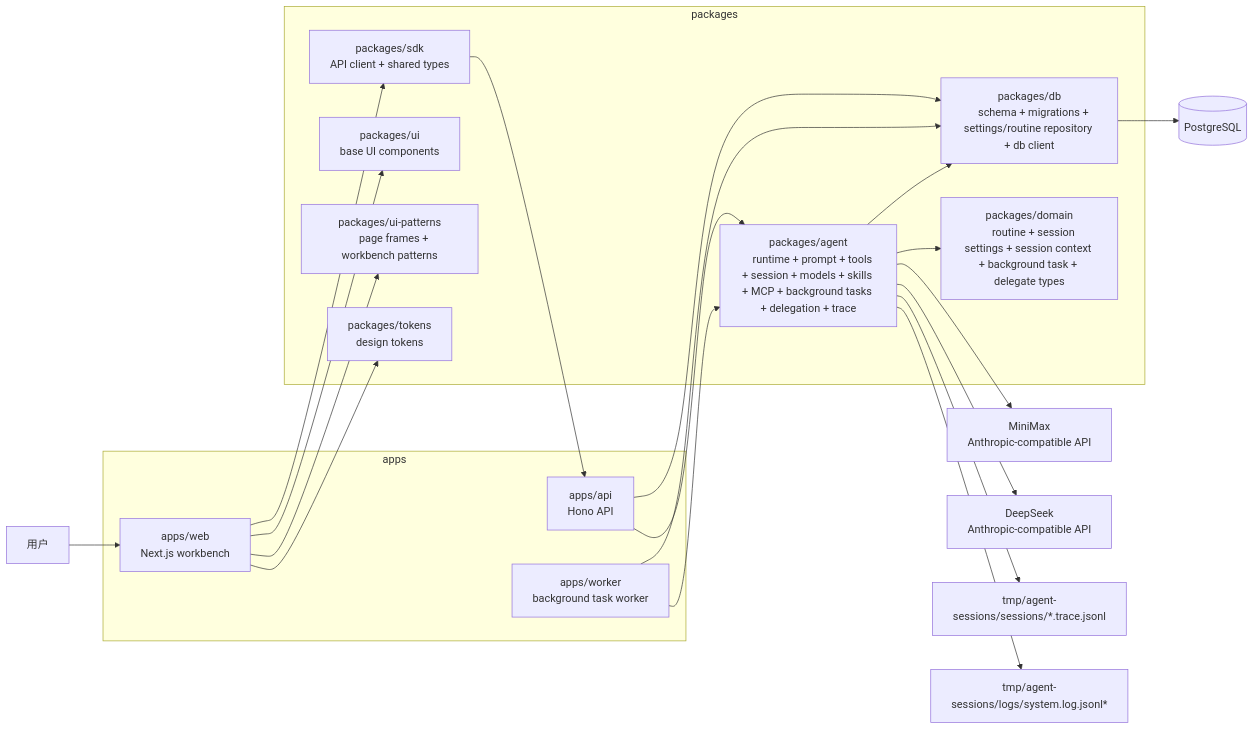
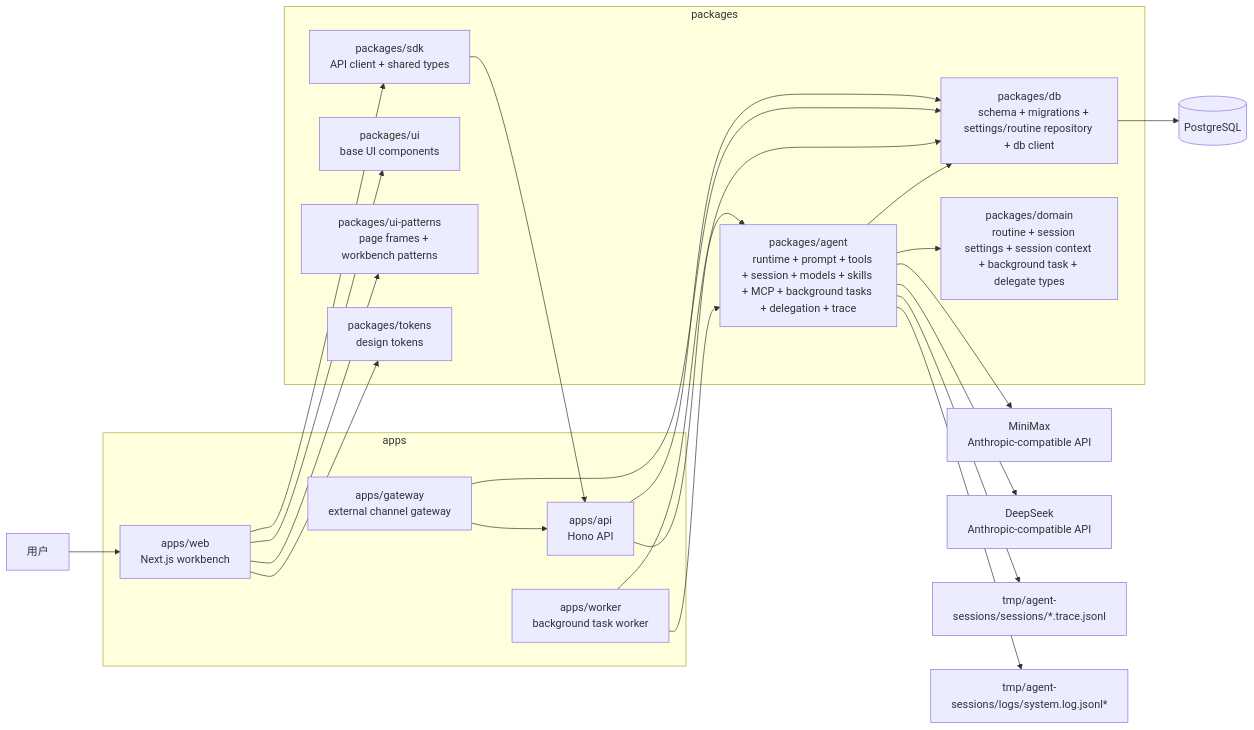
Before and after one commit to pswd123456/my-agent-proj: the first of 3 diagrams in docs/architecture/diagram.md, drawn with Mermaid. The commit also changed other lines of this file and 4 other files, not shown here.

Commit message:
docs: update architecture diagrams and tech-stack documentation

````diff
--- a/docs/architecture/diagram.md
+++ b/docs/architecture/diagram.md
@@ -7,56 +7,60 @@
 ```mermaid
 flowchart LR
   user["用户"]
 
   subgraph apps["apps"]
     web["apps/web
     Next.js workbench"]
     api["apps/api
     Hono API"]
     worker["apps/worker
     background task worker"]
+    gateway["apps/gateway
+    external channel gateway"]
   end
 
   subgraph packages["packages"]
     sdk["packages/sdk
     API client + shared types"]
     agent["packages/agent
     runtime + prompt + tools + session + models + skills + MCP + background tasks + delegation + trace"]
     db["packages/db
     schema + migrations + settings/routine repository + db client"]
     domain["packages/domain
     routine + session settings + session context + background task + delegate types"]
     ui["packages/ui
     base UI components"]
     patterns["packages/ui-patterns
     page frames + workbench patterns"]
     tokens["packages/tokens
     design tokens"]
   end
 
   postgres[("PostgreSQL")]
   minimax["MiniMax
   Anthropic-compatible API"]
   deepseek["DeepSeek
   Anthropic-compatible API"]
   trace["tmp/agent-sessions/sessions/*.trace.jsonl"]
   logs["tmp/agent-sessions/logs/system.log.jsonl*"]
 
   user --> web
   web --> ui
   web --> patterns
   web --> tokens
   web --> sdk
   sdk --> api
   api --> agent
   api --> db
+  gateway --> api
+  gateway --> db
   worker --> agent
   worker --> db
   agent --> domain
   agent --> db
   db --> postgres
   agent --> minimax
   agent --> deepseek
   agent --> trace
   agent --> logs
 ```
````
